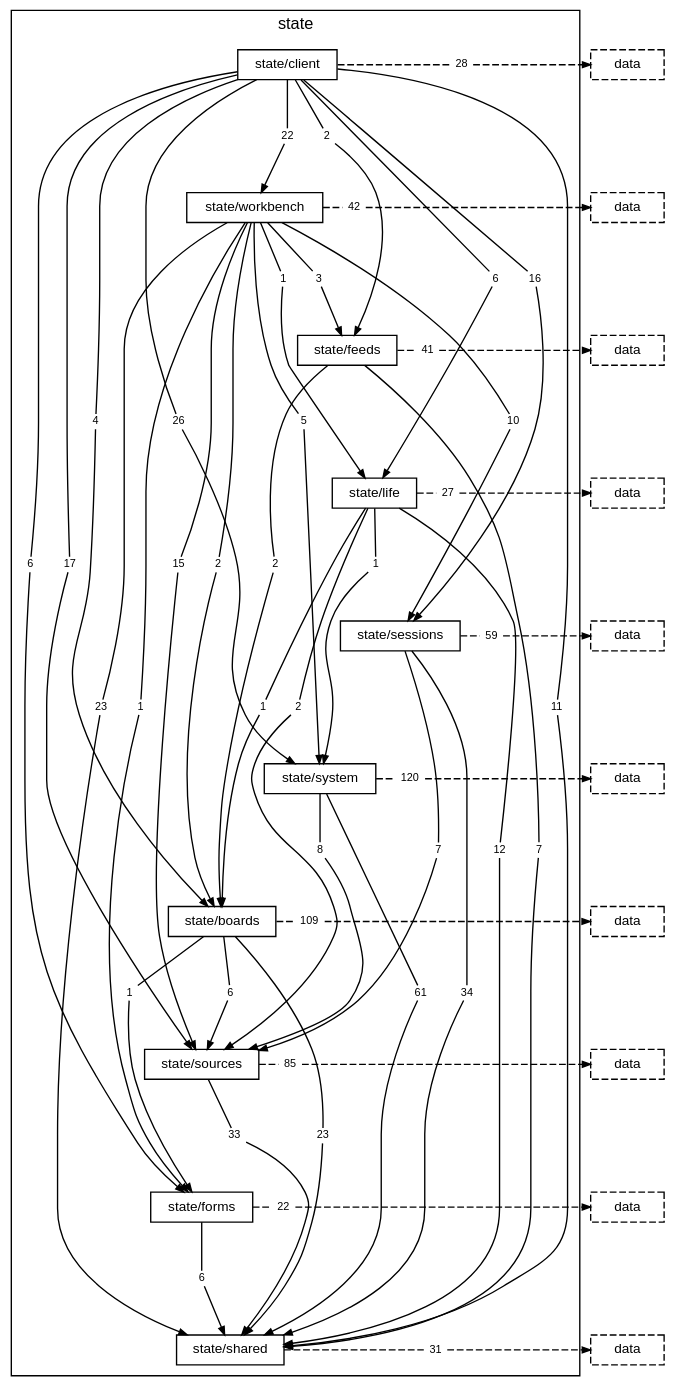
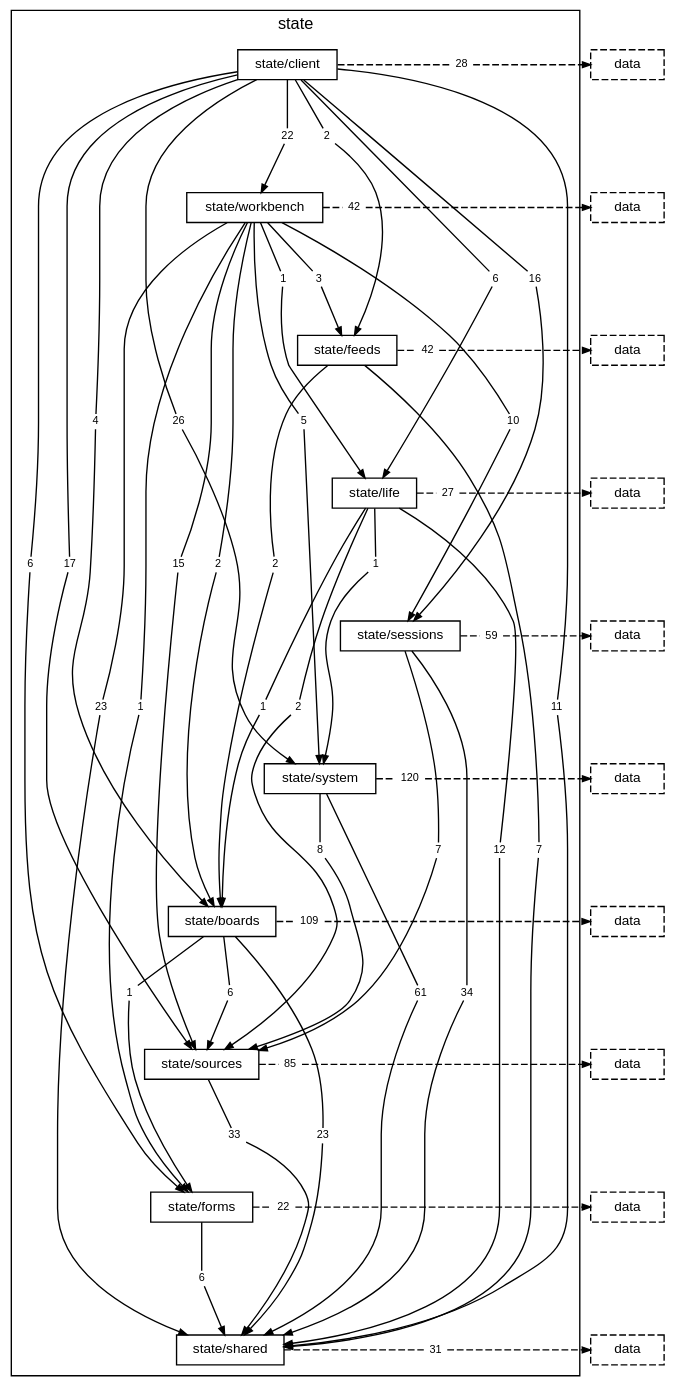
The diagram in docs/diagrams/layer-state.dot (TheAxeC/oculus), drawn with Graphviz before and after one commit. The commit also changed 97 other files, not shown here.

```diff
--- a/docs/diagrams/layer-state.dot
+++ b/docs/diagrams/layer-state.dot
@@ -35,7 +35,7 @@
         "folder state/workbench to layer data" [label="42", shape=box, color="transparent", fontsize=8, width=0, height=0, margin="0.04,0.02"];
         "folder state/feeds to folder state/boards" [label="2", shape=box, color="transparent", fontsize=8, width=0, height=0, margin="0.04,0.02"];
         "folder state/feeds to folder state/shared" [label="7", shape=box, color="transparent", fontsize=8, width=0, height=0, margin="0.04,0.02"];
-        "folder state/feeds to layer data" [label="41", shape=box, color="transparent", fontsize=8, width=0, height=0, margin="0.04,0.02"];
+        "folder state/feeds to layer data" [label="42", shape=box, color="transparent", fontsize=8, width=0, height=0, margin="0.04,0.02"];
         "folder state/life to folder state/boards" [label="1", shape=box, color="transparent", fontsize=8, width=0, height=0, margin="0.04,0.02"];
         "folder state/life to folder state/shared" [label="12", shape=box, color="transparent", fontsize=8, width=0, height=0, margin="0.04,0.02"];
         "folder state/life to folder state/sources" [label="2", shape=box, color="transparent", fontsize=8, width=0, height=0, margin="0.04,0.02"];
```
